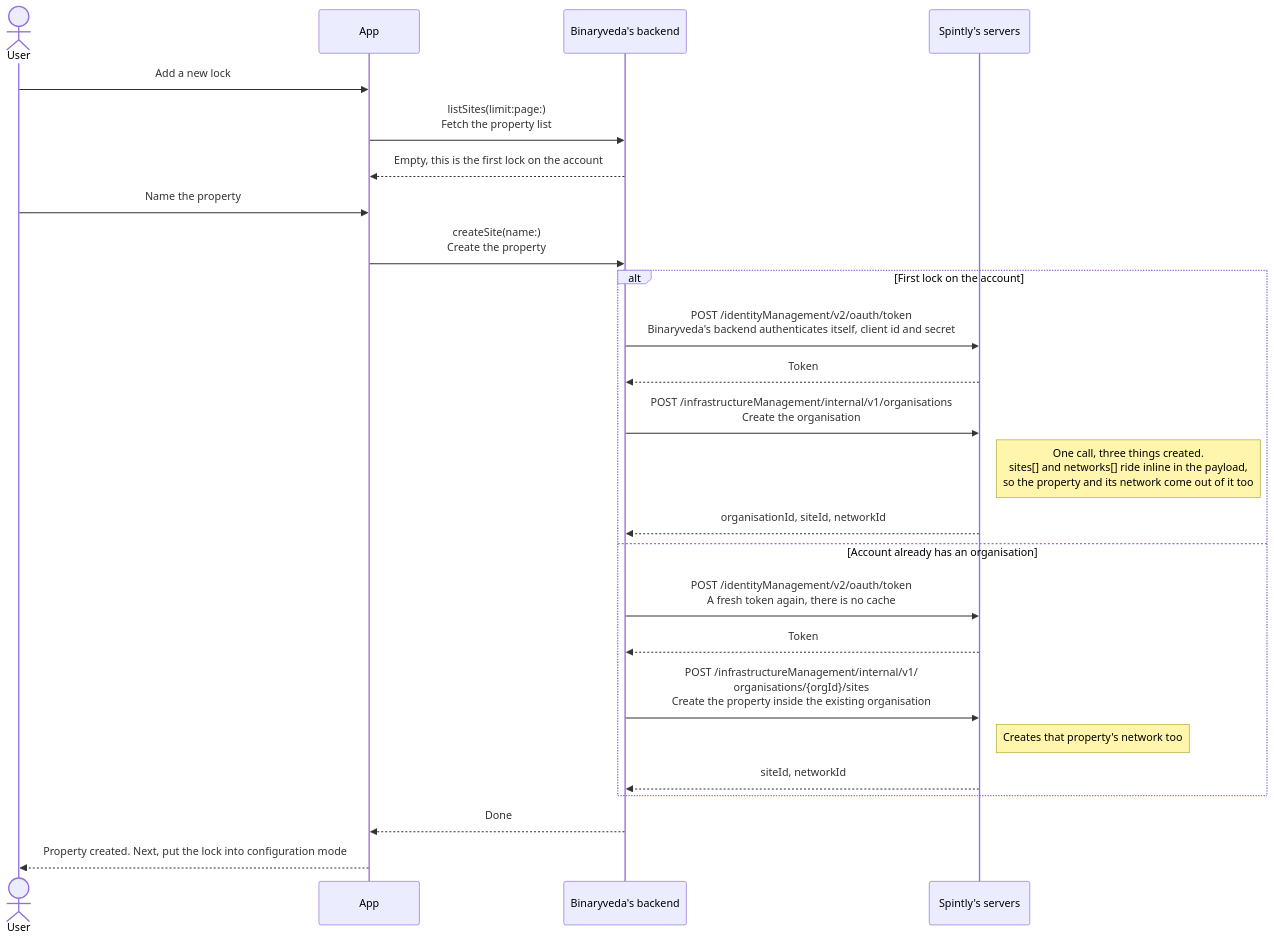
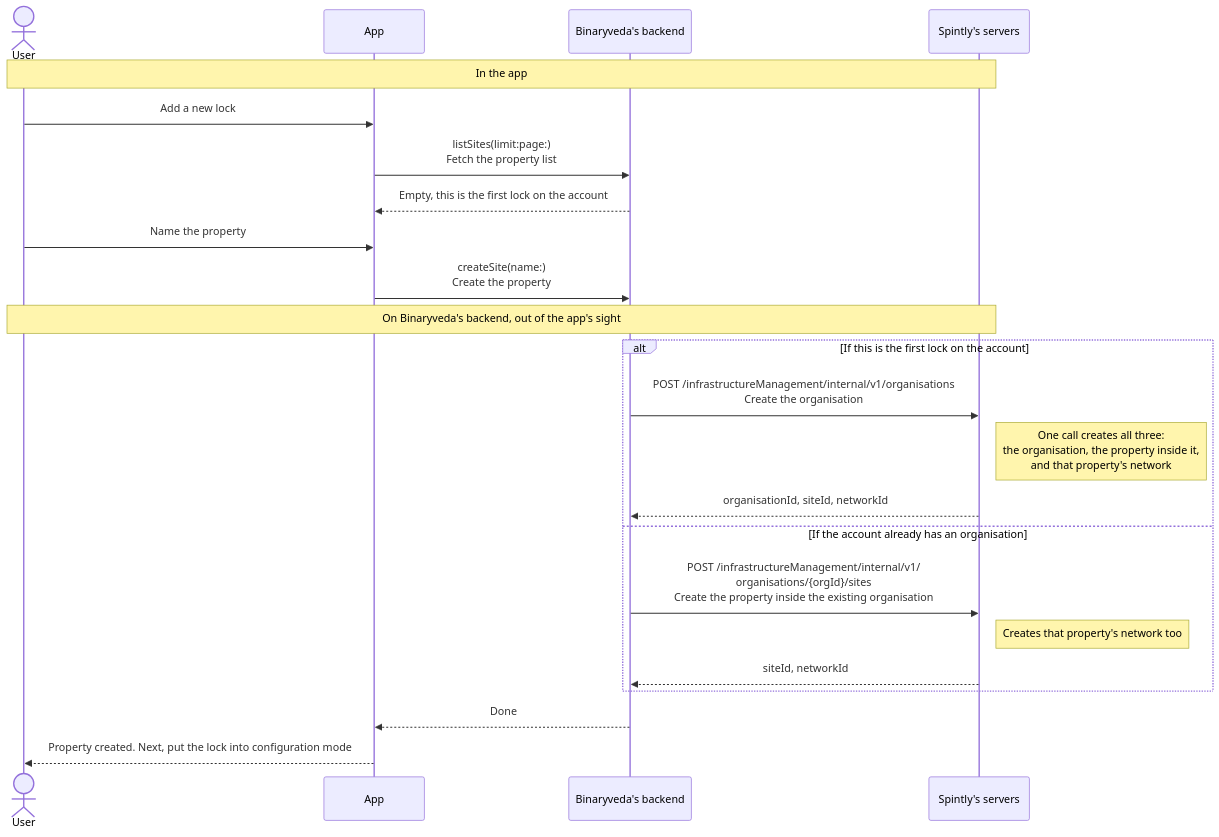
Before and after one commit to Yash-Wadatkar-Binaryveda/sdk-docs-site: the second of 16 diagrams in docs/lock-onboarding.md, drawn with Mermaid. The commit also changed other lines of this file and 7 other files, not shown here.

````diff
--- a/docs/lock-onboarding.md
+++ b/docs/lock-onboarding.md
@@ -109,28 +116,27 @@
 ```mermaid
 sequenceDiagram
     actor U as User
     participant A as App
     participant B as Binaryveda's backend
     participant S as Spintly's servers
 
+    Note over U,S: In the app
     U->>A: Add a new lock
     A->>B: listSites(limit:page:)<br/>Fetch the property list
     B-->>A: Empty, this is the first lock on the account
     U->>A: Name the property
     A->>B: createSite(name:)<br/>Create the property
-    alt First lock on the account
-        B->>S: POST /identityManagement/v2/oauth/token<br/>Binaryveda's backend authenticates itself, client id and secret
-        S-->>B: Token
+
+    Note over U,S: On Binaryveda's backend, out of the app's sight
+    alt If this is the first lock on the account
         B->>S: POST /infrastructureManagement/internal/v1/organisations<br/>Create the organisation
-        Note right of S: One call, three things created.<br/>sites[] and networks[] ride inline in the payload,<br/>so the property and its network come out of it too
+        Note right of S: One call creates all three:<br/>the organisation, the property inside it,<br/>and that property's network
         S-->>B: organisationId, siteId, networkId
-    else Account already has an organisation
-        B->>S: POST /identityManagement/v2/oauth/token<br/>A fresh token again, there is no cache
-        S-->>B: Token
+    else If the account already has an organisation
         B->>S: POST /infrastructureManagement/internal/v1/<br/>organisations/{orgId}/sites<br/>Create the property inside the existing organisation
         Note right of S: Creates that property's network too
         S-->>B: siteId, networkId
     end
     B-->>A: Done
     A-->>U: Property created. Next, put the lock into configuration mode
 ```
````
